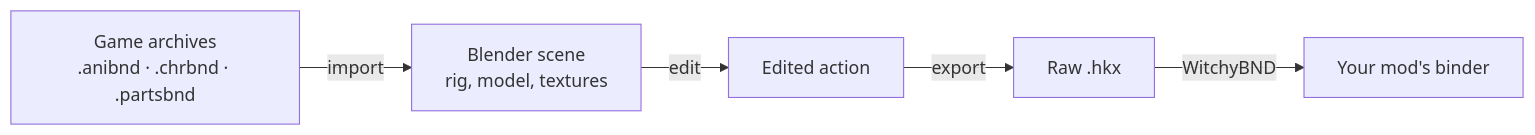
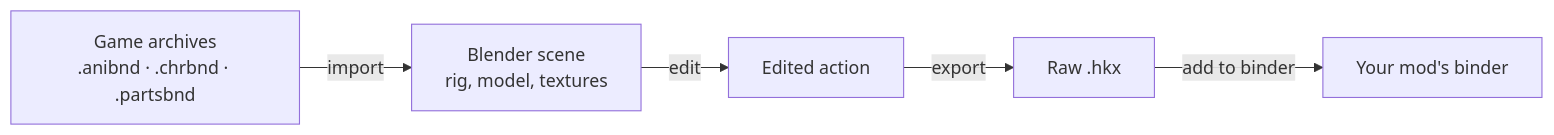
Before and after one commit to Beertraps/SekiroAnimationBridge: the diagram in README.md, drawn with Mermaid. The commit also changed other lines of this file and 21 other files, not shown here.

````diff
--- a/README.md
+++ b/README.md
@@ -12,7 +12,7 @@
 ```mermaid
 flowchart LR
     A["Game archives<br/>.anibnd · .chrbnd · .partsbnd"] -- import --> B["Blender scene<br/>rig, model, textures"]
     B -- edit --> C["Edited action"]
     C -- export --> D["Raw .hkx"]
-    D -- WitchyBND --> E["Your mod's binder"]
+    D -- "add to binder" --> E["Your mod's binder"]
 ```
````
